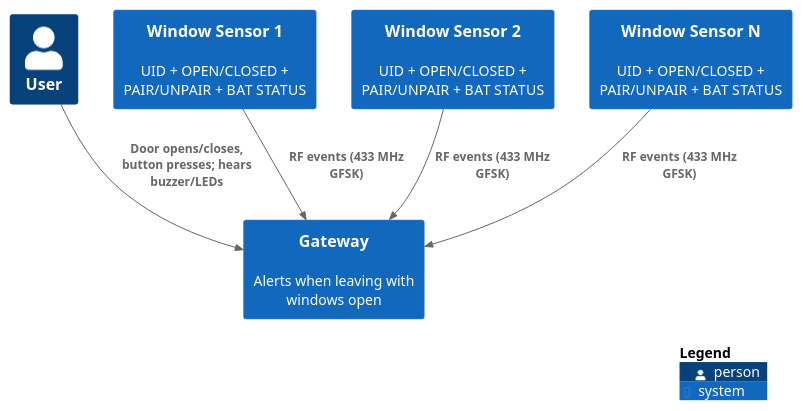
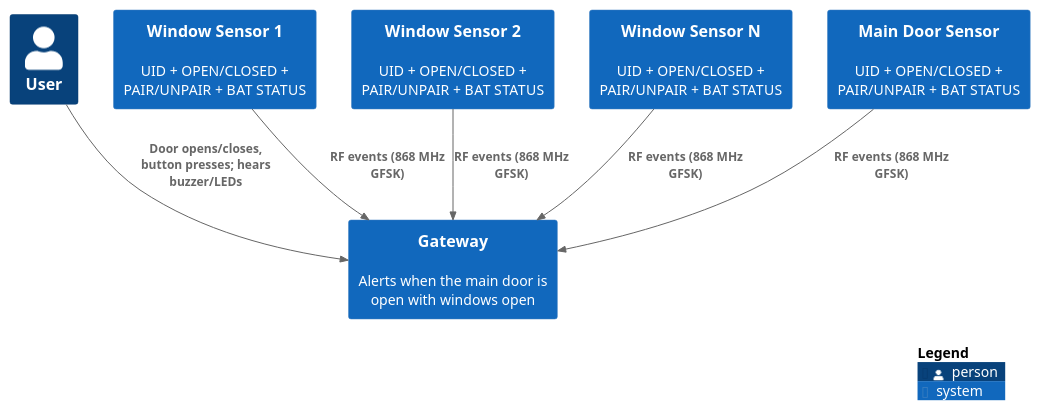
The diagram in docs/architecture/diagrams/context.puml (npeixoto64/ExitGuardian), drawn with PlantUML before and after one commit. The commit also changed 6 other files, not shown here.

Commit message:
EG-56 Requirements and Architecture to use a sensor on main-door

```diff
--- a/docs/architecture/diagrams/context.puml
+++ b/docs/architecture/diagrams/context.puml
@@ -1,20 +1,22 @@
 @startuml Context
 ' Exit Guardian - Context (C4 Level 1)
 !include <C4/C4_Container>
 
 
 Person(user, "User")
-System(exitg, "Gateway", "Alerts when leaving with windows open")
-System(sensor1, "Window Sensor 1", "UID + OPEN/CLOSED + PAIR/UNPAIR + BAT STATUS")
-System(sensor2, "Window Sensor 2", "UID + OPEN/CLOSED + PAIR/UNPAIR + BAT STATUS")
-System(sensorN, "Window Sensor N", "UID + OPEN/CLOSED + PAIR/UNPAIR + BAT STATUS")
+System(exitg, "Gateway", "Alerts when the main door is open with windows open")
+System(wd_sensor1, "Window Sensor 1", "UID + OPEN/CLOSED + PAIR/UNPAIR + BAT STATUS")
+System(wd_sensor2, "Window Sensor 2", "UID + OPEN/CLOSED + PAIR/UNPAIR + BAT STATUS")
+System(wd_sensorN, "Window Sensor N", "UID + OPEN/CLOSED + PAIR/UNPAIR + BAT STATUS")
+System(md_sensor, "Main Door Sensor", "UID + OPEN/CLOSED + PAIR/UNPAIR + BAT STATUS")
 
 
 Rel(user, exitg, "Door opens/closes, button presses; hears buzzer/LEDs")
-Rel(sensor1, exitg, "RF events (433 MHz GFSK)")
-Rel(sensor2, exitg, "RF events (433 MHz GFSK)")
-Rel(sensorN, exitg, "RF events (433 MHz GFSK)")
+Rel(wd_sensor1, exitg, "RF events (868 MHz GFSK)")
+Rel(wd_sensor2, exitg, "RF events (868 MHz GFSK)")
+Rel(wd_sensorN, exitg, "RF events (868 MHz GFSK)")
+Rel(md_sensor, exitg, "RF events (868 MHz GFSK)")
 
 
 SHOW_LEGEND()
 @enduml
```
